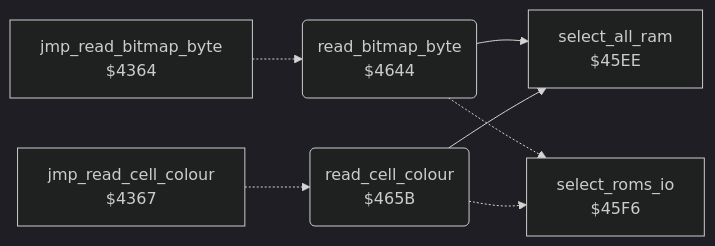
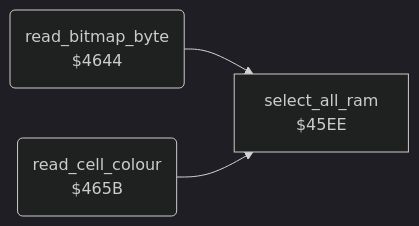
One commit to henols/c64_games changed the diagram in koala_painter/v2/docs/reference/modules/graphics/read_pixel.md. Above: the diagram before and after it, drawn with Mermaid (dark theme). The commit also changed other lines of this file and 1100 other files, not shown here.

````diff
--- a/koala_painter/v2/docs/reference/modules/graphics/read_pixel.md
+++ b/koala_painter/v2/docs/reference/modules/graphics/read_pixel.md
@@ -10,15 +17,8 @@
 ```mermaid
 flowchart LR
-  n4364["jmp_read_bitmap_byte<br/>$4364"]
-  n4367["jmp_read_cell_colour<br/>$4367"]
   n45ee["select_all_ram<br/>$45EE"]
-  n45f6["select_roms_io<br/>$45F6"]
   n4644("read_bitmap_byte<br/>$4644")
   n465b("read_cell_colour<br/>$465B")
-  n4364 -.-> n4644
-  n4367 -.-> n465b
   n4644 --> n45ee
-  n4644 -.-> n45f6
   n465b --> n45ee
-  n465b -.-> n45f6
 ```
````
